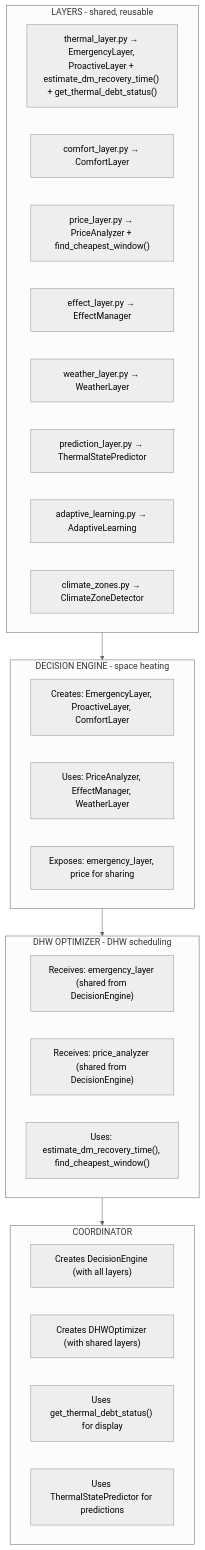
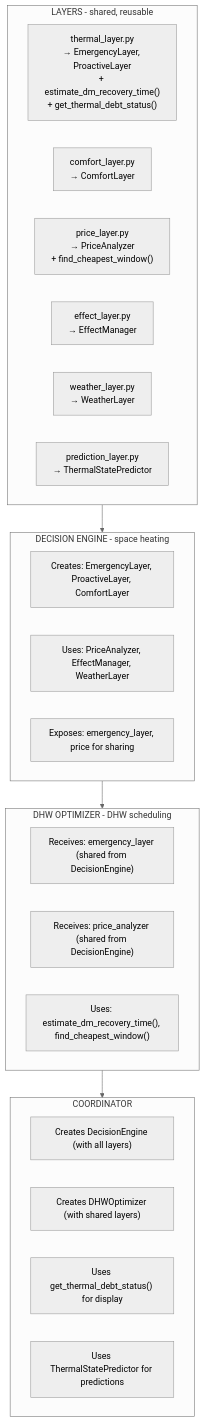
The diagram in docs/architecture/00_overview.md (enoch85/EffektGuard), drawn with Mermaid (neutral theme) before and after one commit.

````diff
--- a/docs/architecture/00_overview.md
+++ b/docs/architecture/00_overview.md
@@ -55,38 +55,37 @@
 ```mermaid
 flowchart TB
     subgraph Layers["LAYERS - shared, reusable"]
-        TL["thermal_layer.py → EmergencyLayer, ProactiveLayer + estimate_dm_recovery_time#40;#41; + get_thermal_debt_status#40;#41;"]
-        CL["comfort_layer.py → ComfortLayer"]
-        PrL["price_layer.py → PriceAnalyzer + find_cheapest_window#40;#41;"]
-        EfL["effect_layer.py → EffectManager"]
-        WL["weather_layer.py → WeatherLayer"]
-        PredL["prediction_layer.py → ThermalStatePredictor"]
-        AL["adaptive_learning.py → AdaptiveLearning"]
-        CZ["climate_zones.py → ClimateZoneDetector"]
+        direction LR
+        TL["thermal_layer.py<br/>→ EmergencyLayer, ProactiveLayer<br/>+ estimate_dm_recovery_time#40;#41;<br/>+ get_thermal_debt_status#40;#41;"]
+        CL["comfort_layer.py<br/>→ ComfortLayer"]
+        PrL["price_layer.py<br/>→ PriceAnalyzer<br/>+ find_cheapest_window#40;#41;"]
+        EfL["effect_layer.py<br/>→ EffectManager"]
+        WL["weather_layer.py<br/>→ WeatherLayer"]
+        PredL["prediction_layer.py<br/>→ ThermalStatePredictor"]
     end
 
     Layers --> DE
 
     subgraph DE["DECISION ENGINE - space heating"]
         DE1["Creates: EmergencyLayer, ProactiveLayer, ComfortLayer"]
         DE2["Uses: PriceAnalyzer, EffectManager, WeatherLayer"]
         DE3["Exposes: emergency_layer, price for sharing"]
     end
 
     DE --> DHW
 
     subgraph DHW["DHW OPTIMIZER - DHW scheduling"]
         DHW1["Receives: emergency_layer #40;shared from DecisionEngine#41;"]
         DHW2["Receives: price_analyzer #40;shared from DecisionEngine#41;"]
         DHW3["Uses: estimate_dm_recovery_time#40;#41;, find_cheapest_window#40;#41;"]
     end
 
     DHW --> COORD
 
     subgraph COORD["COORDINATOR"]
         COORD1["Creates DecisionEngine #40;with all layers#41;"]
         COORD2["Creates DHWOptimizer #40;with shared layers#41;"]
         COORD3["Uses get_thermal_debt_status#40;#41; for display"]
         COORD4["Uses ThermalStatePredictor for predictions"]
     end
 ```
````
